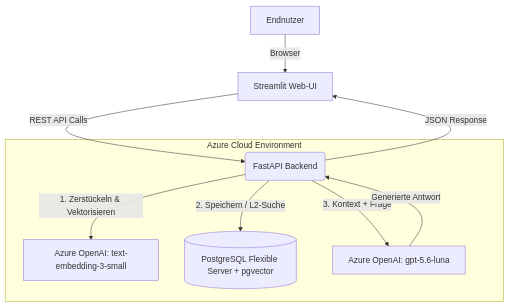
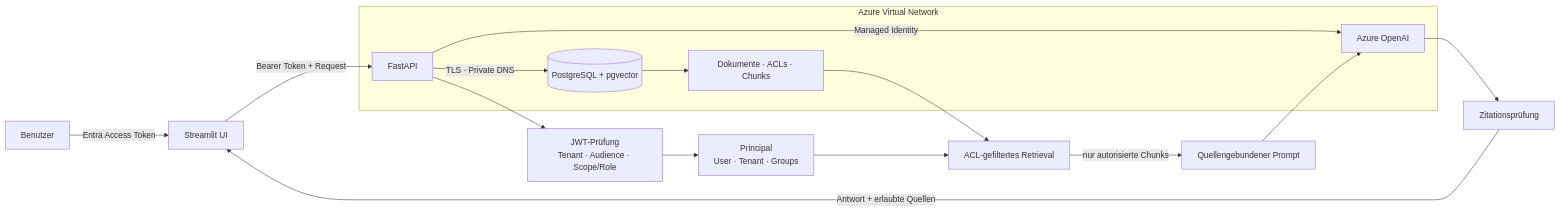
Before and after one commit to Marziehfth95/Lernen-und-Projekte: the diagram in Projects/azure-enterprise-rag/README.md, drawn with Mermaid. The commit also changed other lines of this file and 10 other files, not shown here.

````diff
--- a/Projects/azure-enterprise-rag/README.md
+++ b/Projects/azure-enterprise-rag/README.md
@@ -29,15 +36,21 @@
 ```mermaid
-graph TD
-    A[Endnutzer] -->|Browser| F[Streamlit Web-UI]
-    F -->|REST API Calls| B(FastAPI Backend)
-    
-    subgraph Azure Cloud Environment
-        B -->|1. Zerstückeln & Vektorisieren| C[Azure OpenAI: text-embedding-3-small]
-        B -->|2. Speichern / L2-Suche| D[(PostgreSQL Flexible Server + pgvector)]
-        B -->|3. Kontext + Frage| E[Azure OpenAI: gpt-5.6-luna]
+flowchart LR
+    U[Benutzer] -->|Entra Access Token| UI[Streamlit UI]
+    UI -->|Bearer Token + Request| API[FastAPI]
+
+    API --> AUTH[JWT-Prüfung<br/>Tenant · Audience · Scope/Role]
+    AUTH --> PRINCIPAL[Principal<br/>User · Tenant · Groups]
+
+    subgraph Azure Virtual Network
+        API -->|Managed Identity| AOAI[Azure OpenAI]
+        API -->|TLS · Private DNS| PG[(PostgreSQL + pgvector)]
+        PG --> ACL[Dokumente · ACLs · Chunks]
     end
-    
-    E -->|Generierte Antwort| B
-    B -->|JSON Response| F
 
+    PRINCIPAL --> FILTER[ACL-gefiltertes Retrieval]
+    ACL --> FILTER
+    FILTER -->|nur autorisierte Chunks| PROMPT[Quellengebundener Prompt]
+    PROMPT --> AOAI
+    AOAI --> VERIFY[Zitationsprüfung]
+    VERIFY -->|Antwort + erlaubte Quellen| UI
 ```
````
